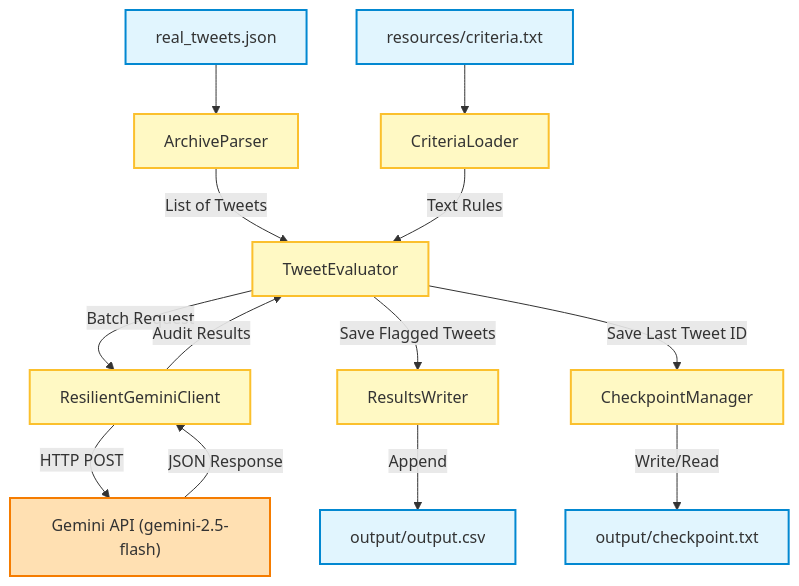
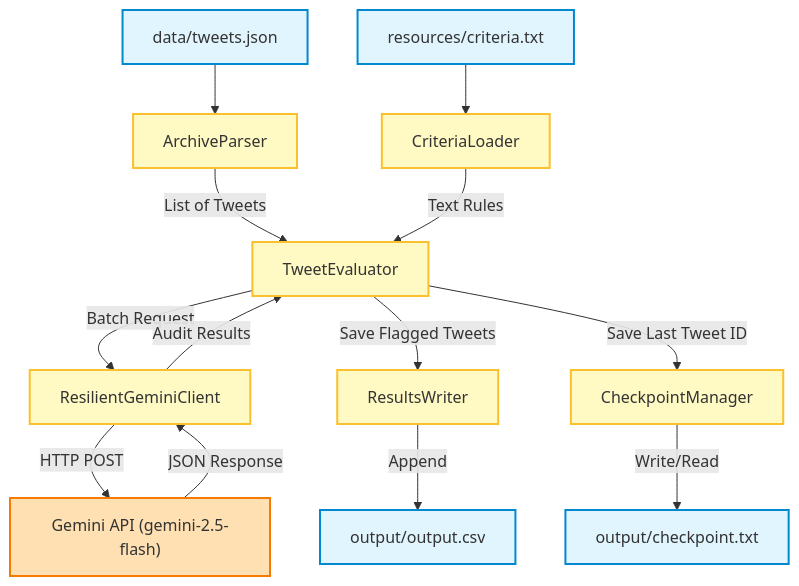
One commit to jenacodes/tweet-audit changed the diagram in README.md. Above: the diagram before and after it, drawn with Mermaid. The commit also changed other lines of this file, not shown here.

Commit message:
chore: modify README for file path changes

````diff
--- a/README.md
+++ b/README.md
@@ -22,31 +22,31 @@
 ```mermaid
 graph TD
     %% Data Inputs
-    JsonFile[real_tweets.json] --> Parser[ArchiveParser]
+    JsonFile[data/tweets.json] --> Parser[ArchiveParser]
     CriteriaFile[resources/criteria.txt] --> Loader[CriteriaLoader]
 
     %% Processing Flow
     Parser -->|List of Tweets| Evaluator[TweetEvaluator]
     Loader -->|Text Rules| Evaluator
     
     %% Evaluation Loop
     Evaluator -->|Batch Request| ResilientClient[ResilientGeminiClient]
     ResilientClient -->|HTTP POST| GeminiAPI["Gemini API (gemini-2.5-flash)"]
     GeminiAPI -->|JSON Response| ResilientClient
     ResilientClient -->|Audit Results| Evaluator
 
     %% Output and Progress Tracking
     Evaluator -->|Save Flagged Tweets| Writer[ResultsWriter]
     Evaluator -->|Save Last Tweet ID| Checkpoint[CheckpointManager]
     
     Writer -->|Append| CsvOutput[output/output.csv]
     Checkpoint -->|Write/Read| CheckpointFile[output/checkpoint.txt]
 
     %% Style classes
     classDef file fill:#e1f5fe,stroke:#0288d1,stroke-width:2px;
     classDef process fill:#fff9c4,stroke:#fbc02d,stroke-width:2px;
     classDef external fill:#ffe0b2,stroke:#f57c00,stroke-width:2px;
     class JsonFile,CriteriaFile,CsvOutput,CheckpointFile file;
     class Parser,Loader,Evaluator,ResilientClient,Writer,Checkpoint process;
     class GeminiAPI external;
 ```
````
